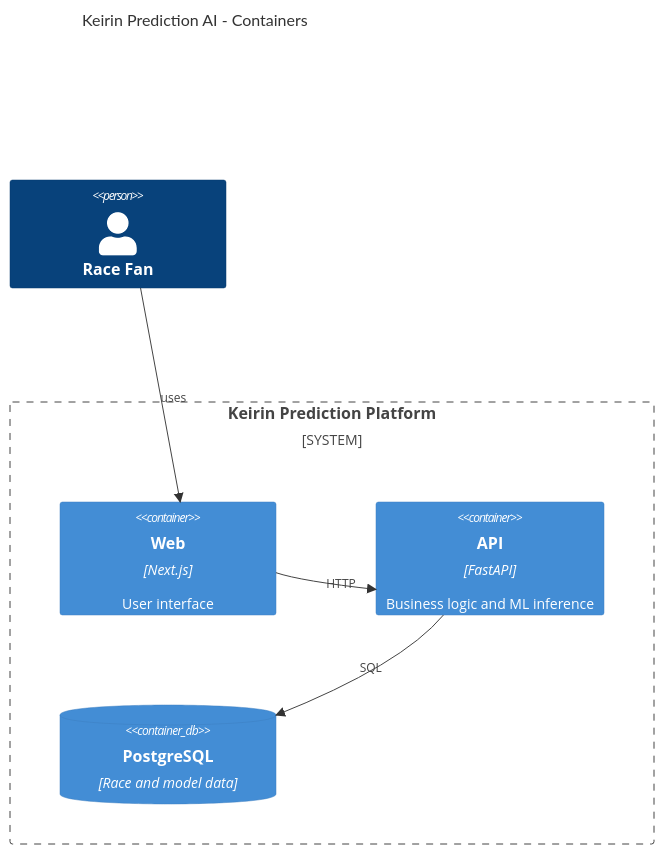
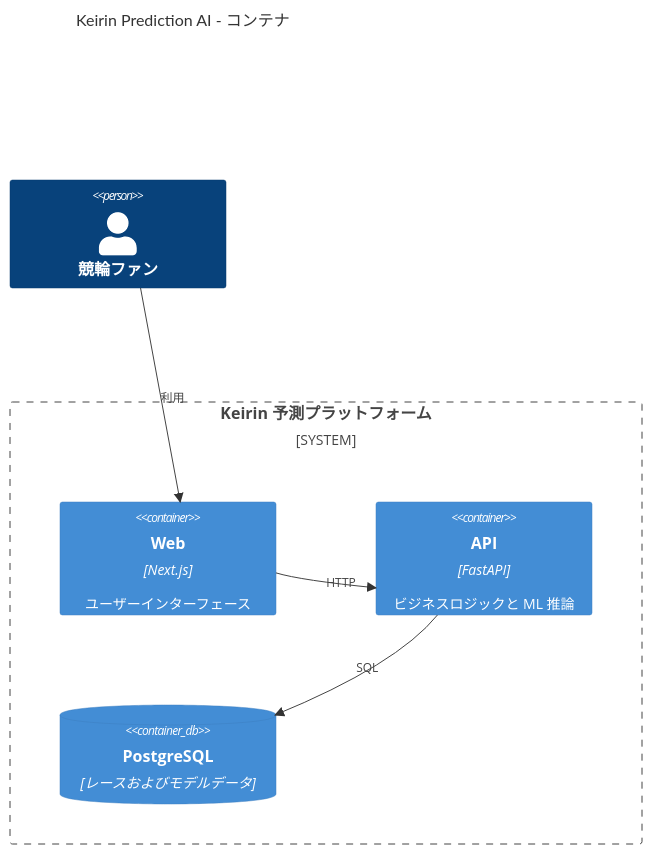
Before and after one commit to mukai-work/keirin-ai: the second of 3 diagrams in docs/ARCHITECTURE.md, drawn with Mermaid. The commit also changed other lines of this file and 5 other files, not shown here.

````diff
--- a/docs/ARCHITECTURE.md
+++ b/docs/ARCHITECTURE.md
@@ -23,13 +23,13 @@
 ```mermaid
 C4Container
-title Keirin Prediction AI - Containers
-Person(user, "Race Fan")
-System_Boundary(platform, "Keirin Prediction Platform") {
-  Container(web, "Web", "Next.js", "User interface")
-  Container(api, "API", "FastAPI", "Business logic and ML inference")
-  ContainerDb(db, "PostgreSQL", "Race and model data")
+title Keirin Prediction AI - コンテナ
+Person(user, "競輪ファン")
+System_Boundary(platform, "Keirin 予測プラットフォーム") {
+  Container(web, "Web", "Next.js", "ユーザーインターフェース")
+  Container(api, "API", "FastAPI", "ビジネスロジックと ML 推論")
+  ContainerDb(db, "PostgreSQL", "レースおよびモデルデータ")
 }
-Rel(user, web, "uses")
+Rel(user, web, "利用")
 Rel(web, api, "HTTP")
 Rel(api, db, "SQL")
 ```
````
